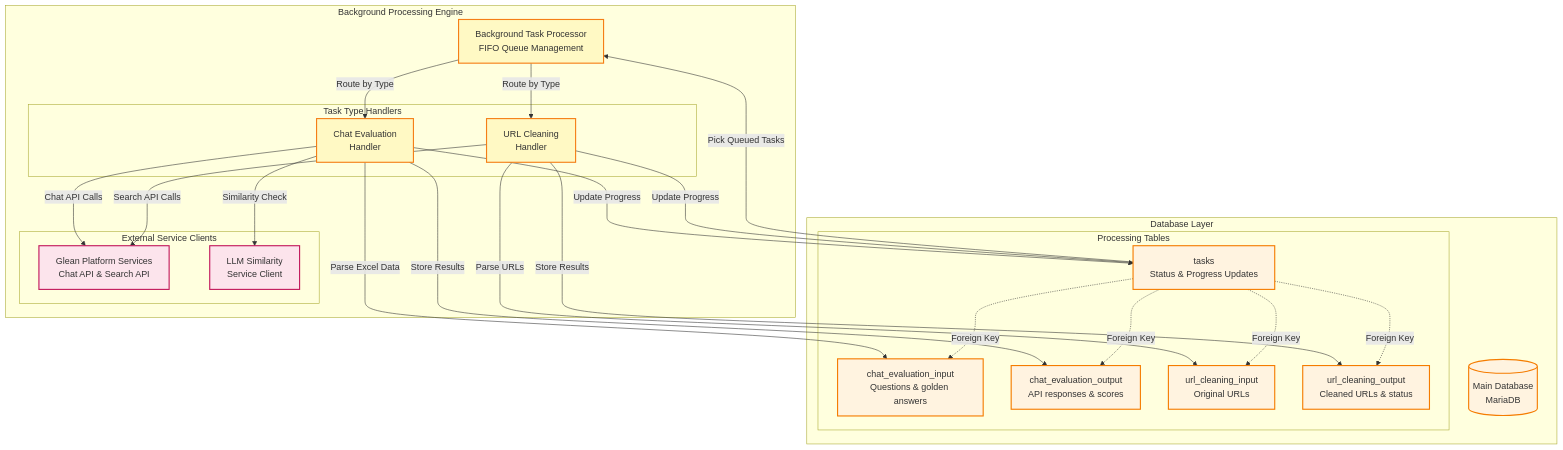
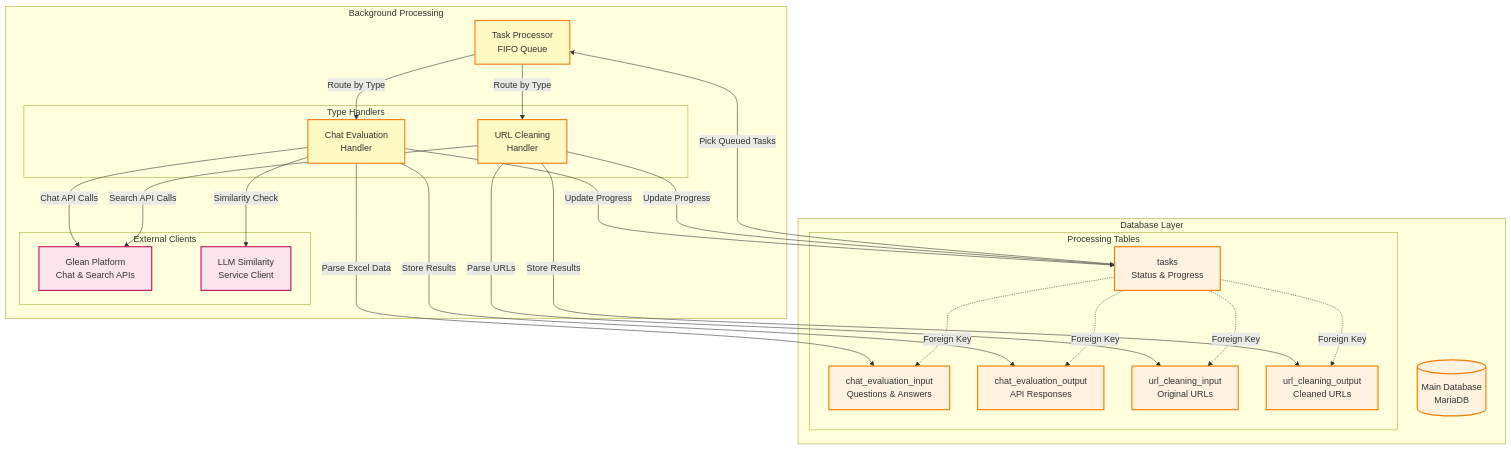
The third of 3 diagrams in docs/README.md (andrewhzy/cursor-learn), drawn with Mermaid before and after one commit. The commit also changed other lines of this file and 5 other files, not shown here.

````diff
--- a/docs/README.md
+++ b/docs/README.md
@@ -156,63 +156,63 @@
 ```mermaid
 flowchart TD
     %% Background Processing Components
-    subgraph "Background Processing Engine"
-        TaskProcessor[Background Task Processor<br/>FIFO Queue Management]
+    subgraph "Background Processing"
+        TaskProcessor[Task Processor<br/>FIFO Queue]
         
-        subgraph "Task Type Handlers"
+        subgraph "Type Handlers"
             ChatEvalHandler[Chat Evaluation<br/>Handler]
             URLCleanHandler[URL Cleaning<br/>Handler]
         end
         
-        subgraph "External Service Clients"
-            GleanServices[Glean Platform Services<br/>Chat API & Search API]
+        subgraph "External Clients"
+            GleanServices[Glean Platform<br/>Chat & Search APIs]
             LLMService[LLM Similarity<br/>Service Client]
         end
     end
     
     %% Database Layer - Processing Focus (beneath processing engine)
     subgraph "Database Layer"
         MainDB[(Main Database<br/>MariaDB)]
         
         subgraph "Processing Tables"
-            TasksTable[tasks<br/>Status & Progress Updates]
-            ChatInputTable[chat_evaluation_input<br/>Questions & golden answers]
-            ChatOutputTable[chat_evaluation_output<br/>API responses & scores]
+            TasksTable[tasks<br/>Status & Progress]
+            ChatInputTable[chat_evaluation_input<br/>Questions & Answers]
+            ChatOutputTable[chat_evaluation_output<br/>API Responses]
             URLInputTable[url_cleaning_input<br/>Original URLs]
-            URLOutputTable[url_cleaning_output<br/>Cleaned URLs & status]
+            URLOutputTable[url_cleaning_output<br/>Cleaned URLs]
         end
     end
     
     %% Background Processing Flow
     TasksTable -->|Pick Queued Tasks| TaskProcessor
     TaskProcessor -->|Route by Type| ChatEvalHandler
     TaskProcessor -->|Route by Type| URLCleanHandler
     
     %% Chat Evaluation Processing Flow
     ChatEvalHandler -->|Parse Excel Data| ChatInputTable
     ChatEvalHandler -->|Chat API Calls| GleanServices
     ChatEvalHandler -->|Similarity Check| LLMService
     ChatEvalHandler -->|Store Results| ChatOutputTable
     ChatEvalHandler -->|Update Progress| TasksTable
     
     %% URL Cleaning Processing Flow
     URLCleanHandler -->|Parse URLs| URLInputTable
     URLCleanHandler -->|Search API Calls| GleanServices
     URLCleanHandler -->|Store Results| URLOutputTable
     URLCleanHandler -->|Update Progress| TasksTable
     
     %% Data Relationships
     TasksTable -.->|Foreign Key| ChatInputTable
     TasksTable -.->|Foreign Key| ChatOutputTable
     TasksTable -.->|Foreign Key| URLInputTable
     TasksTable -.->|Foreign Key| URLOutputTable
     
     %% Styling
     classDef processLayer fill:#fff9c4,stroke:#f57f17,stroke-width:2px
     classDef dbLayer fill:#fff3e0,stroke:#f57c00,stroke-width:2px
     classDef externalLayer fill:#fce4ec,stroke:#c2185b,stroke-width:2px
     
     class TaskProcessor,ChatEvalHandler,URLCleanHandler processLayer
     class MainDB,TasksTable,ChatInputTable,ChatOutputTable,URLInputTable,URLOutputTable dbLayer
     class GleanServices,LLMService externalLayer
 ```
````
